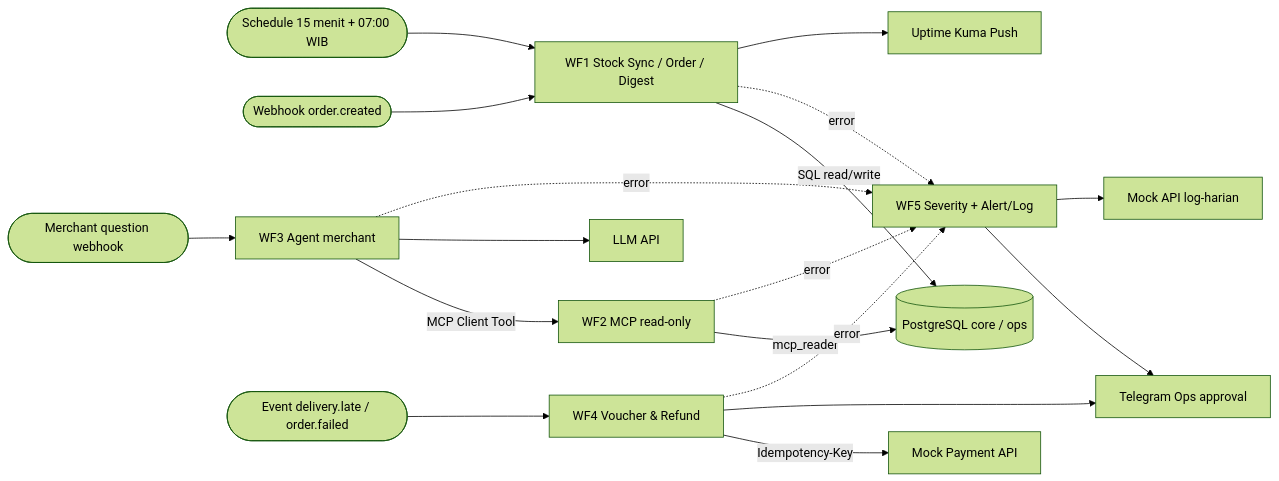
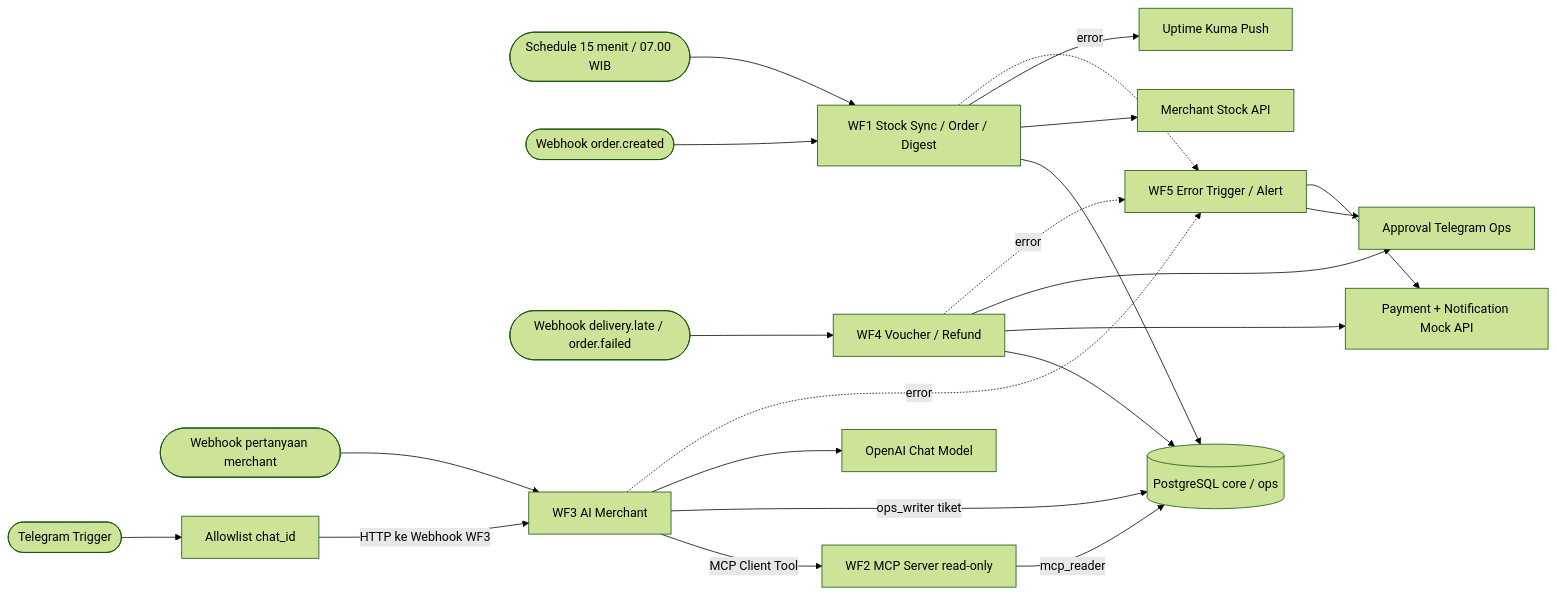
One commit to SyifaMutaalia/h8mart-ops changed the diagram in docs/02-desain-solusi-roi.md. Above: the diagram before and after it, drawn with Mermaid (forest theme). The commit also changed other lines of this file and 26 other files, not shown here.

````diff
--- a/docs/02-desain-solusi-roi.md
+++ b/docs/02-desain-solusi-roi.md
@@ -8,20 +9,24 @@
 ```mermaid
 flowchart LR
-    T1([Schedule 15 menit + 07:00 WIB]) --> WF1[WF1 Stock Sync / Order / Digest]
-    T2([Webhook order.created]) --> WF1
-    T3([Merchant question webhook]) --> WF3[WF3 Agent merchant]
-    WF3 -->|MCP Client Tool| WF2[WF2 MCP read-only]
-    WF1 -->|SQL read/write| DB[(PostgreSQL core / ops)]
-    WF2 -->|mcp_reader| DB
-    WF3 --> LLM[LLM API]
-    T4([Event delivery.late / order.failed]) --> WF4[WF4 Voucher & Refund]
-    WF4 -->|Idempotency-Key| API[Mock Payment API]
-    WF4 --> TG[Telegram Ops approval]
-    WF1 -. error .-> WF5[WF5 Severity + Alert/Log]
-    WF2 -. error .-> WF5
+    A([Schedule 15 menit / 07.00 WIB]) --> WF1[WF1 Stock Sync / Order / Digest]
+    O([Webhook order.created]) --> WF1
+    E([Webhook delivery.late / order.failed]) --> WF4[WF4 Voucher / Refund]
+    Q([Webhook pertanyaan merchant]) --> WF3[WF3 AI Merchant]
+    TG([Telegram Trigger]) --> AL[Allowlist chat_id]
+    AL -->|HTTP ke Webhook WF3| WF3
+    WF3 -->|MCP Client Tool| WF2[WF2 MCP Server read-only]
+    WF2 -->|mcp_reader| DB[(PostgreSQL core / ops)]
+    WF1 --> DB
+    WF3 -->|ops_writer tiket| DB
+    WF4 --> DB
+    WF3 --> LLM[OpenAI Chat Model]
+    WF1 --> ST[Merchant Stock API]
+    WF4 --> PAY[Payment + Notification Mock API]
+    WF4 --> OPS[Approval Telegram Ops]
+    WF1 --> K[Uptime Kuma Push]
+    WF1 -. error .-> WF5[WF5 Error Trigger / Alert]
     WF3 -. error .-> WF5
     WF4 -. error .-> WF5
-    WF5 --> TG
-    WF5 --> LOG[Mock API log-harian]
-    WF1 --> K[Uptime Kuma Push]
+    WF5 --> OPS
+    WF5 --> PAY
 ```
````
